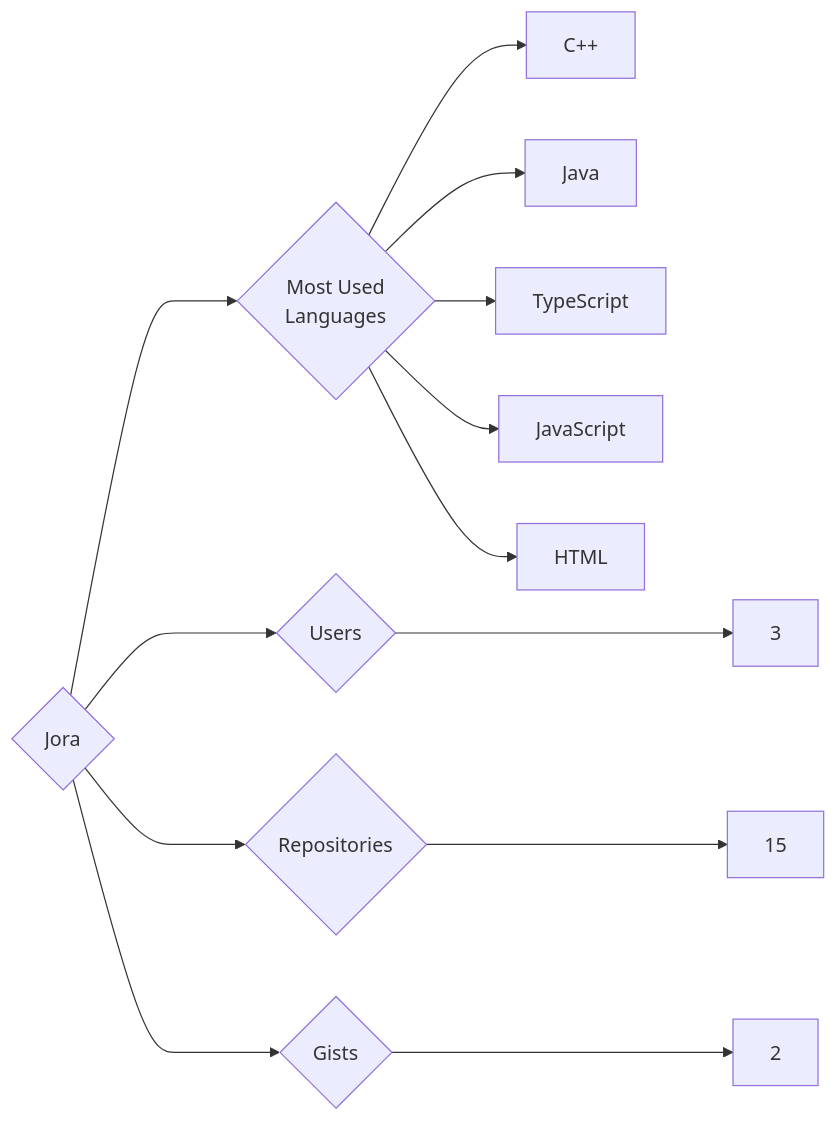
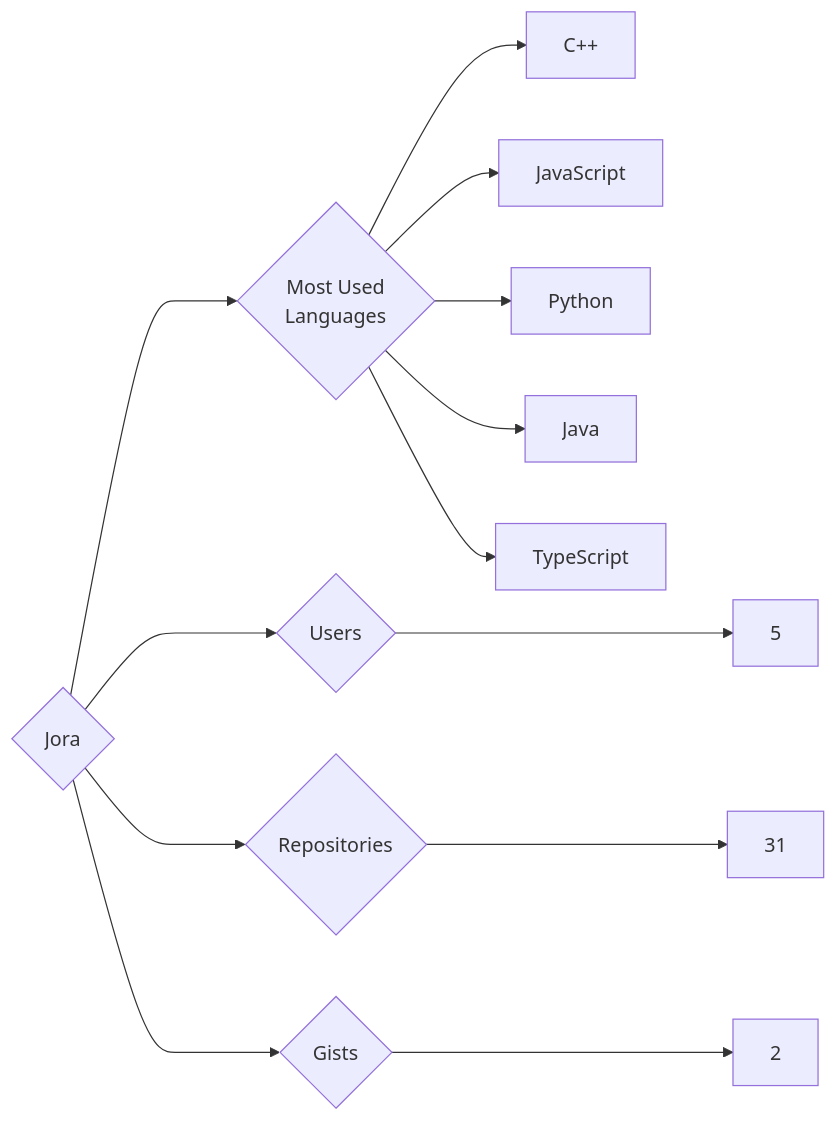
The diagram in targets/Jora/README.md (trickest/insiders), drawn with Mermaid before and after one commit. The commit also changed 1496 other files, not shown here.

````diff
--- a/targets/Jora/README.md
+++ b/targets/Jora/README.md
@@ -3,13 +3,13 @@
 ```mermaid
 graph LR
 COMPANY_NAME{Jora}
-COMPANY_NAME ---> U{Users} ---> UN[3]
-COMPANY_NAME ---> R{Repositories} ---> RN[15]
+COMPANY_NAME ---> U{Users} ---> UN[5]
+COMPANY_NAME ---> R{Repositories} ---> RN[31]
 COMPANY_NAME ---> G{Gists} ---> GN[2]
 COMPANY_NAME ---> ML{Most Used<br>Languages}
 ML --> C++[C++]
+ML --> JavaScript[JavaScript]
+ML --> Python[Python]
 ML --> Java[Java]
 ML --> TypeScript[TypeScript]
-ML --> JavaScript[JavaScript]
-ML --> HTML[HTML]
 ```
````
